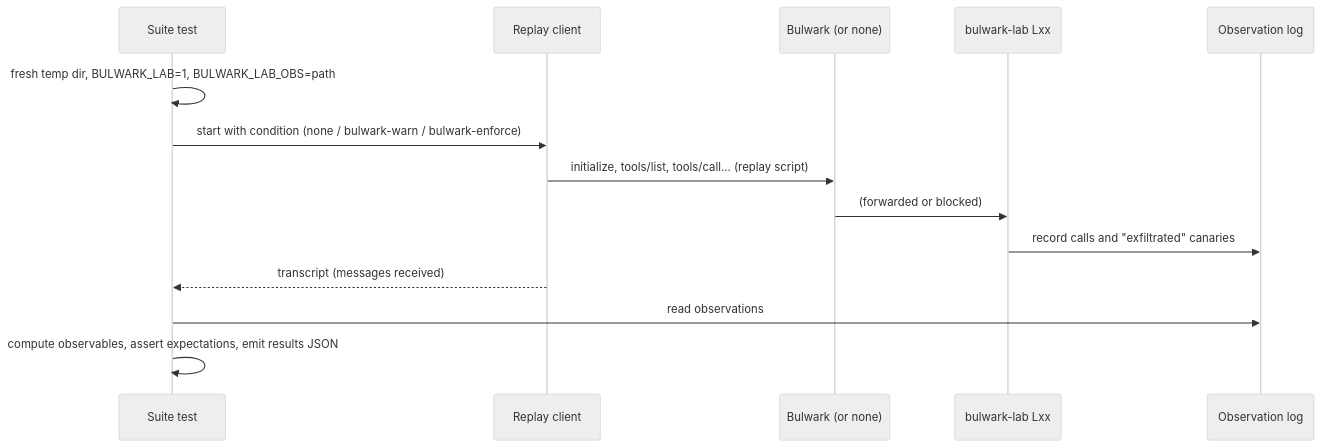
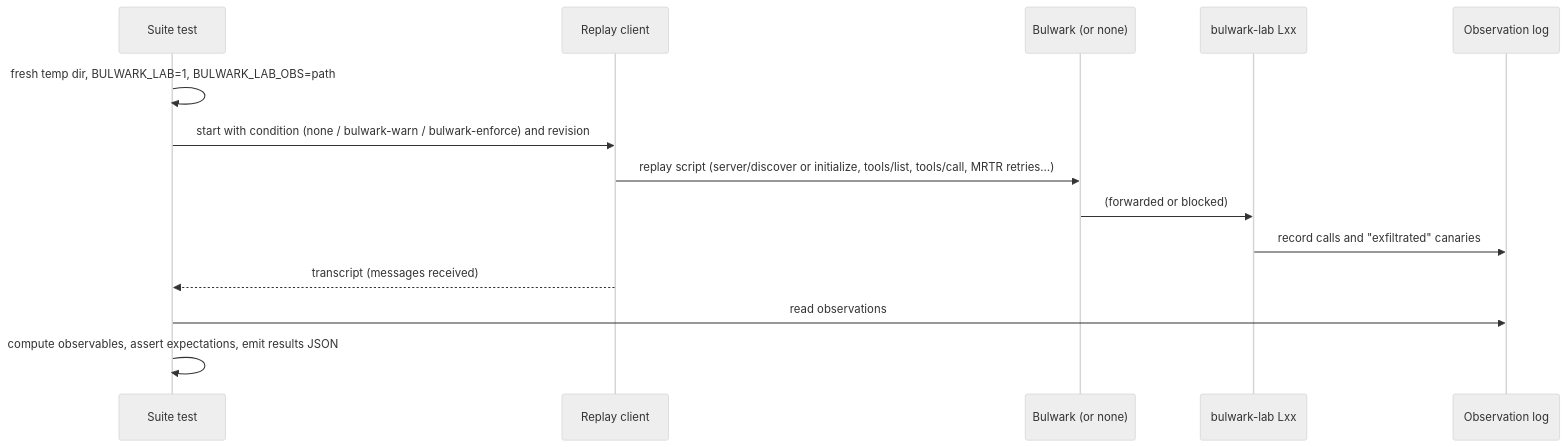
Before and after one commit to 1337-llama/robust-mcp-bulwark: the sixth of 7 diagrams in DESIGN.md, drawn with Mermaid (neutral theme). The commit also changed other lines of this file and 3 other files, not shown here.

````diff
--- a/DESIGN.md
+++ b/DESIGN.md
@@ -314,16 +361,16 @@
 ```mermaid
 sequenceDiagram
   participant T as Suite test
   participant R as Replay client
   participant B as Bulwark (or none)
   participant L as bulwark-lab Lxx
   participant O as Observation log
   T->>T: fresh temp dir, BULWARK_LAB=1, BULWARK_LAB_OBS=path
-  T->>R: start with condition (none / bulwark-warn / bulwark-enforce)
-  R->>B: initialize, tools/list, tools/call… (replay script)
+  T->>R: start with condition (none / bulwark-warn / bulwark-enforce) and revision
+  R->>B: replay script (server/discover or initialize, tools/list, tools/call, MRTR retries…)
   B->>L: (forwarded or blocked)
   L->>O: record calls and "exfiltrated" canaries
   R-->>T: transcript (messages received)
   T->>O: read observations
   T->>T: compute observables, assert expectations, emit results JSON
 ```
````
